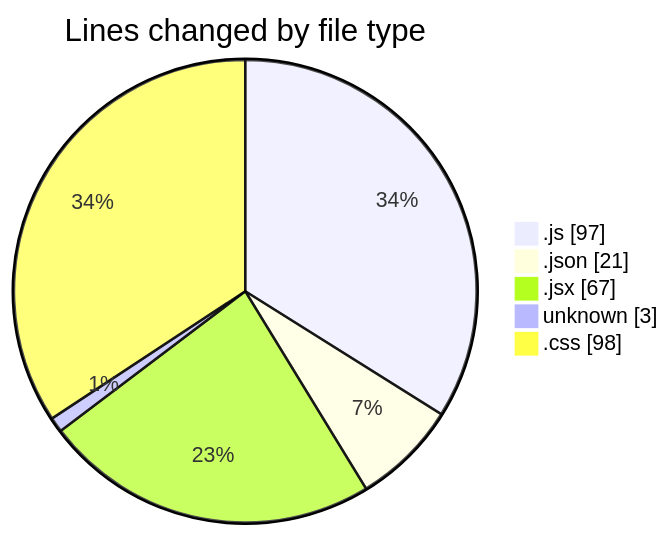
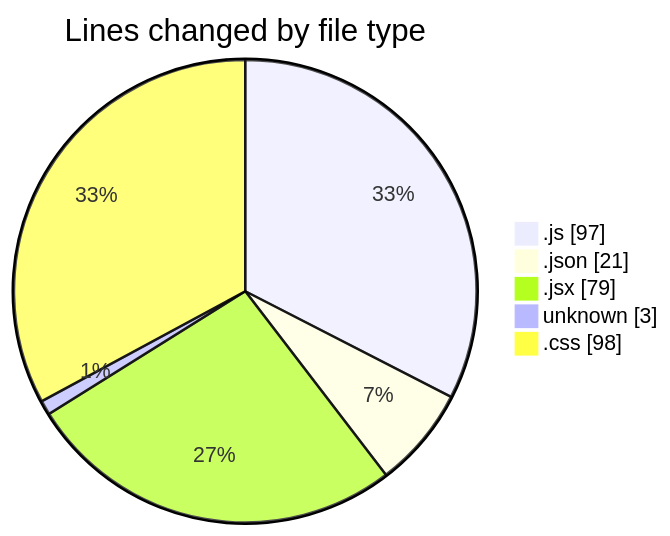
One commit to Ritupan-Deka/code-tracking changed the first of 2 diagrams in 2025-06-03/realtimechat/README.md. Above: the diagram before and after it, drawn with Mermaid. The commit also changed other lines of this file and 1 other file, not shown here.

````diff
--- a/2025-06-03/realtimechat/README.md
+++ b/2025-06-03/realtimechat/README.md
@@ -25,9 +25,9 @@
 ```mermaid
 pie showData
 title Lines changed by file type
 ".js" : 97
 ".json" : 21
-".jsx" : 67
+".jsx" : 79
 "unknown" : 3
 ".css" : 98
 ```
````
